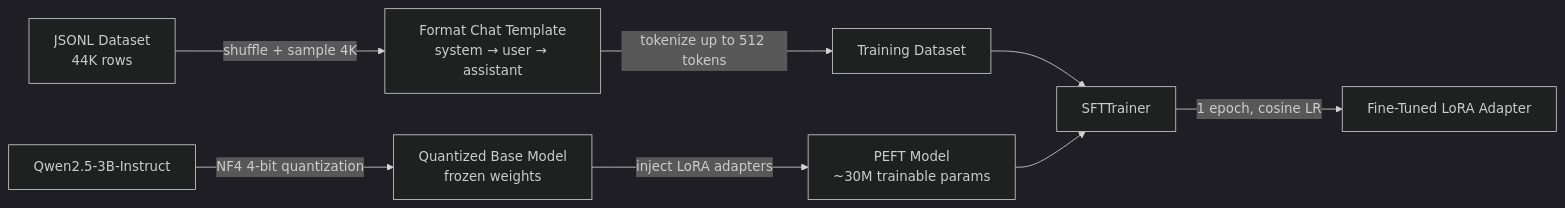
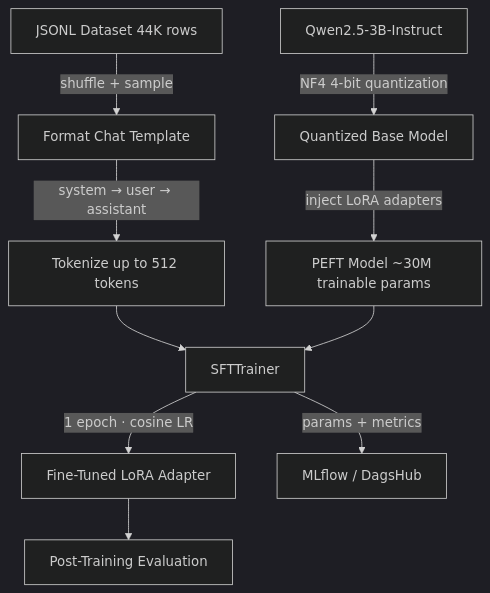
The first of 4 diagrams in README.md (nasim-raj-laskar/QwenDrive-QLoRA), drawn with Mermaid (dark theme) before and after one commit. The commit also changed other lines of this file, not shown here.

````diff
--- a/README.md
+++ b/README.md
@@ -7,10 +7,14 @@
 ```mermaid
-flowchart LR
-    A[JSONL Dataset\n44K rows] -->|shuffle + sample 4K| B[Format Chat Template\nsystem → user → assistant]
-    B -->|tokenize up to 512 tokens| C[Training Dataset]
-    D[Qwen2.5-3B-Instruct] -->|NF4 4-bit quantization| E[Quantized Base Model\nfrozen weights]
-    E -->|inject LoRA adapters| F[PEFT Model\n~30M trainable params]
-    C --> G[SFTTrainer]
-    F --> G
-    G -->|1 epoch, cosine LR| H[Fine-Tuned LoRA Adapter]
+flowchart TD
+    A[JSONL Dataset 44K rows] -->|shuffle + sample| B[Format Chat Template]
+    B -->|system → user → assistant| C[Tokenize up to 512 tokens]
+    C --> G
+
+    D[Qwen2.5-3B-Instruct] -->|NF4 4-bit quantization| E[Quantized Base Model]
+    E -->|inject LoRA adapters| F[PEFT Model ~30M trainable params]
+    F --> G[SFTTrainer]
+
+    G -->|1 epoch · cosine LR| H[Fine-Tuned LoRA Adapter]
+    H --> I[Post-Training Evaluation]
+    G -->|params + metrics| J[MLflow / DagsHub]
 ```
````
